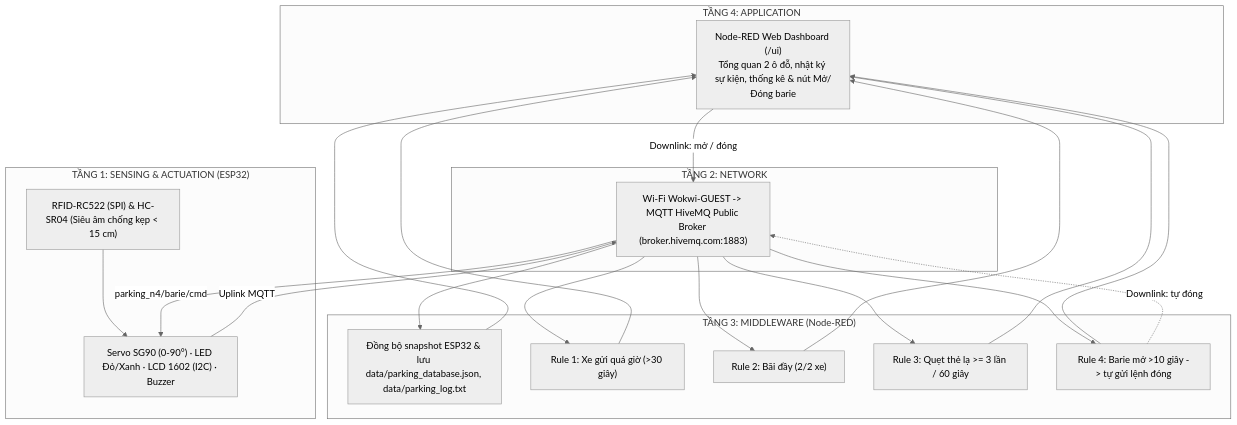
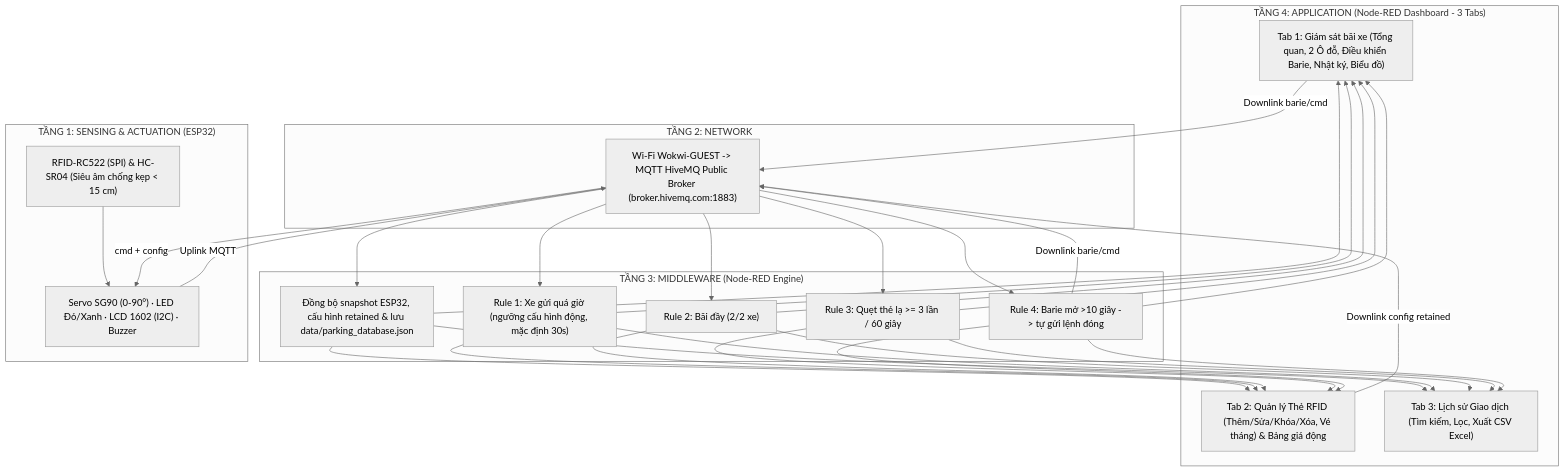
The diagram in README.md (Tthoong129/IOT_Nhom4), drawn with Mermaid (neutral theme) before and after one commit. The commit also changed other lines of this file and 8 other files, not shown here.

Commit message:
feat: upgrade to v3 with dynamic card CRUD, dynamic pricing, 3-tab dashboard, and transaction CSV export

````diff
--- a/README.md
+++ b/README.md
@@ -10,31 +10,33 @@
 ```mermaid
 flowchart TD
-    subgraph L4["TẦNG 4: APPLICATION"]
-        DASH["Node-RED Web Dashboard (/ui)<br/>Tổng quan 2 ô đỗ, nhật ký sự kiện, thống kê & nút Mở/Đóng barie"]
+    subgraph L4["TẦNG 4: APPLICATION (Node-RED Dashboard - 3 Tabs)"]
+        T1["Tab 1: Giám sát bãi xe (Tổng quan, 2 Ô đỗ, Điều khiển Barie, Nhật ký, Biểu đồ)"]
+        T2["Tab 2: Quản lý Thẻ RFID (Thêm/Sửa/Khóa/Xóa, Vé tháng) & Bảng giá động"]
+        T3["Tab 3: Lịch sử Giao dịch (Tìm kiếm, Lọc, Xuất CSV Excel)"]
     end
 
-    subgraph L3["TẦNG 3: MIDDLEWARE (Node-RED)"]
-        SYNC["Đồng bộ snapshot ESP32 & lưu data/parking_database.json, data/parking_log.txt"]
-        R1["Rule 1: Xe gửi quá giờ (>30 giây)"]
+    subgraph L3["TẦNG 3: MIDDLEWARE (Node-RED Engine)"]
+        SYNC["Đồng bộ snapshot ESP32, cấu hình retained & lưu data/parking_database.json"]
+        R1["Rule 1: Xe gửi quá giờ (ngưỡng cấu hình động, mặc định 30s)"]
         R2["Rule 2: Bãi đầy (2/2 xe)"]
         R3["Rule 3: Quẹt thẻ lạ >= 3 lần / 60 giây"]
         R4["Rule 4: Barie mở >10 giây -> tự gửi lệnh đóng"]
     end
 
     subgraph L2["TẦNG 2: NETWORK"]
         WIFI["Wi-Fi Wokwi-GUEST -> MQTT HiveMQ Public Broker (broker.hivemq.com:1883)"]
     end
 
     subgraph L1["TẦNG 1: SENSING & ACTUATION (ESP32)"]
         SENS["RFID-RC522 (SPI) & HC-SR04 (Siêu âm chống kẹp < 15 cm)"]
         ACT["Servo SG90 (0-90°) · LED Đỏ/Xanh · LCD 1602 (I2C) · Buzzer"]
     end
 
     SENS --> ACT
     ACT -->|Uplink MQTT| WIFI
     WIFI --> SYNC & R1 & R2 & R3 & R4
-    SYNC & R1 & R2 & R3 & R4 --> DASH
-    DASH -->|Downlink: mở / đóng| WIFI
-    R4 -.->|Downlink: tự đóng| WIFI
-    WIFI -->|parking_n4/barie/cmd| ACT
+    SYNC & R1 & R2 & R3 & R4 --> T1 & T2 & T3
+    T1 & R4 -->|Downlink barie/cmd| WIFI
+    T2 -->|Downlink config retained| WIFI
+    WIFI -->|cmd + config| ACT
 ```
````
